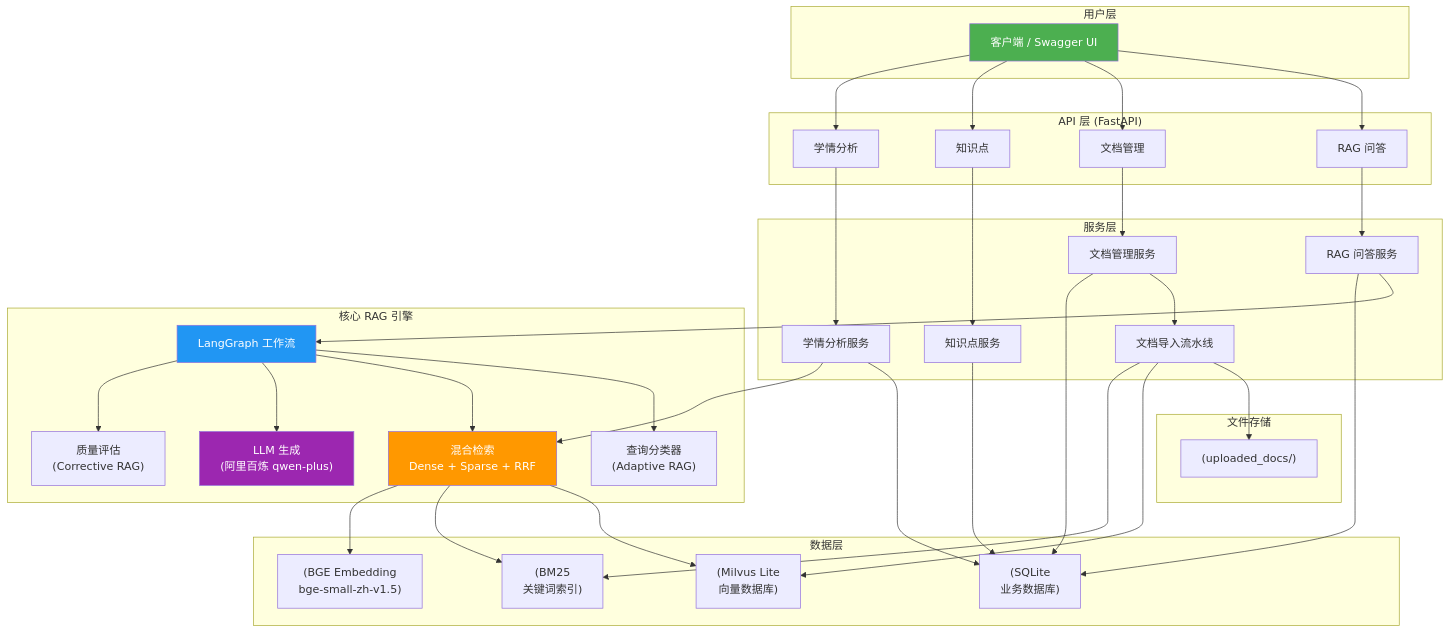
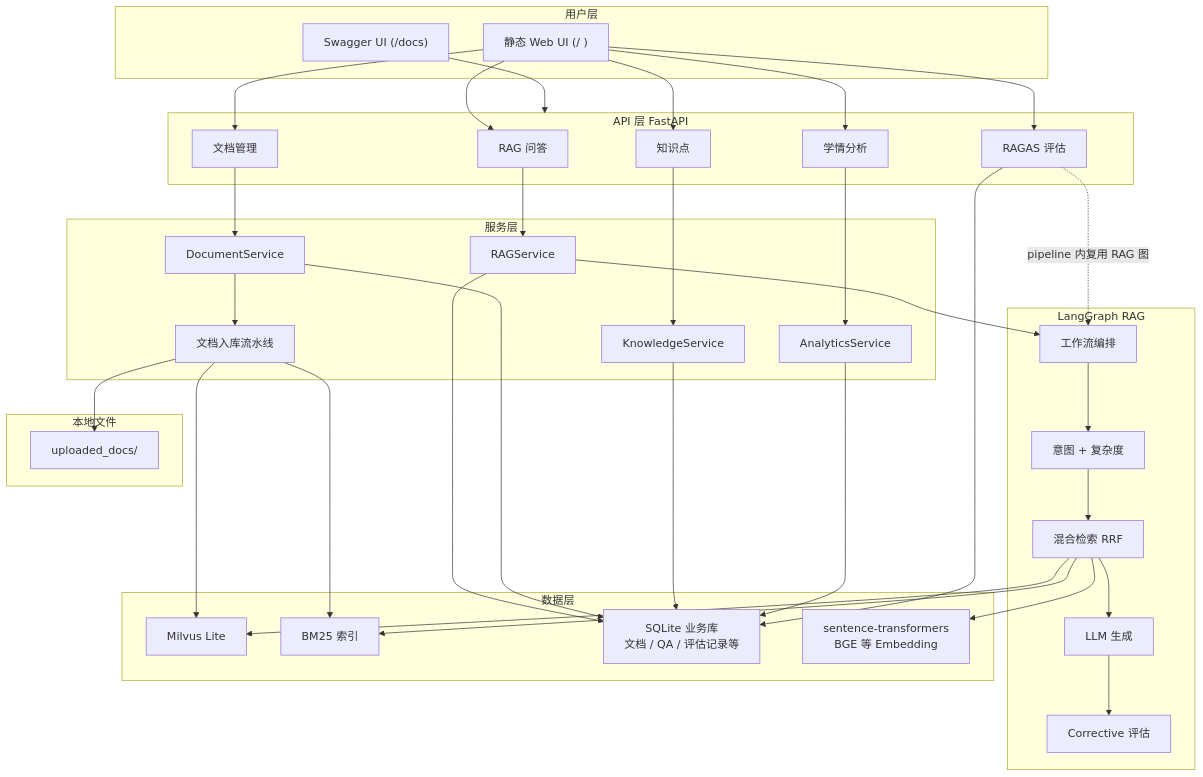
Before and after one commit to EasyRoc/edu-rag: the diagram in README.md, drawn with Mermaid. The commit also changed other lines of this file, not shown here.

````diff
--- a/README.md
+++ b/README.md
@@ -40,77 +43,72 @@
 ```mermaid
 graph TB
     subgraph UI["用户层"]
-        Client["客户端 / Swagger UI"]
+        Web["静态 Web UI (/ )"]
+        Swagger["Swagger UI (/docs)"]
     end
 
-    subgraph API["API 层 (FastAPI)"]
+    subgraph API["API 层 FastAPI"]
         RAG_API["RAG 问答"]
         DOC_API["文档管理"]
         KNOW_API["知识点"]
         ANALYTICS_API["学情分析"]
+        EVAL_API["RAGAS 评估"]
     end
 
     subgraph SVC["服务层"]
-        RAG_SVC["RAG 问答服务"]
-        DOC_SVC["文档管理服务"]
-        KNOW_SVC["知识点服务"]
-        ANALYTICS_SVC["学情分析服务"]
-        INGEST["文档导入流水线"]
+        RAG_SVC["RAGService"]
+        DOC_SVC["DocumentService"]
+        KNOW_SVC["KnowledgeService"]
+        ANALYTICS_SVC["AnalyticsService"]
+        INGEST["文档入库流水线"]
     end
 
-    subgraph ENGINE["核心 RAG 引擎"]
-        LANGGRAPH["LangGraph 工作流"]
-        ADAPTIVE["查询分类器<br/>(Adaptive RAG)"]
-        HYBRID["混合检索<br/>Dense + Sparse + RRF"]
-        LLM["LLM 生成<br/>(阿里百炼 qwen-plus)"]
-        CORRECTIVE["质量评估<br/>(Corrective RAG)"]
+    subgraph ENGINE["LangGraph RAG"]
+        LANGGRAPH["工作流编排"]
+        INTENT["意图 + 复杂度"]
+        HYBRID["混合检索 RRF"]
+        LLM_GEN["LLM 生成"]
+        CORR["Corrective 评估"]
     end
 
     subgraph DATA["数据层"]
-        MILVUS["(Milvus Lite<br/>向量数据库)"]
-        BM25["(BM25<br/>关键词索引)"]
-        SQLITE["(SQLite<br/>业务数据库)"]
-        EMBED["(BGE Embedding<br/>bge-small-zh-v1.5)"]
+        MILVUS["Milvus Lite"]
+        BM25["BM25 索引"]
+        SQLITE["SQLite 业务库<br/>文档 / QA / 评估记录等"]
+        EMBED["sentence-transformers<br/>BGE 等 Embedding"]
     end
 
-    subgraph STORAGE["文件存储"]
-        FILES["(uploaded_docs/)"]
+    subgraph FILES["本地文件"]
+        UP["uploaded_docs/"]
     end
 
-    Client --> RAG_API
-    Client --> DOC_API
-    Client --> KNOW_API
-    Client --> ANALYTICS_API
+    Web --> RAG_API
+    Web --> DOC_API
+    Web --> ANALYTICS_API
+    Web --> KNOW_API
+    Web --> EVAL_API
+    Swagger --> API
 
     RAG_API --> RAG_SVC
     DOC_API --> DOC_SVC
     KNOW_API --> KNOW_SVC
     ANALYTICS_API --> ANALYTICS_SVC
 
     RAG_SVC --> LANGGRAPH
     DOC_SVC --> INGEST
-
-    LANGGRAPH --> ADAPTIVE
-    LANGGRAPH --> HYBRID
-    LANGGRAPH --> LLM
-    LANGGRAPH --> CORRECTIVE
-
+    LANGGRAPH --> INTENT --> HYBRID --> LLM_GEN --> CORR
     HYBRID --> MILVUS
     HYBRID --> BM25
     HYBRID --> EMBED
-    INGEST --> FILES
+    INGEST --> UP
     INGEST --> MILVUS
     INGEST --> BM25
 
     RAG_SVC --> SQLITE
     DOC_SVC --> SQLITE
     KNOW_SVC --> SQLITE
     ANALYTICS_SVC --> SQLITE
-    
-    ANALYTICS_SVC --> HYBRID
+    EVAL_API --> SQLITE
 
-    style Client fill:#4CAF50,color:#fff
-    style LANGGRAPH fill:#2196F3,color:#fff
-    style HYBRID fill:#FF9800,color:#fff
-    style LLM fill:#9C27B0,color:#fff
+    EVAL_API -.->|pipeline 内复用 RAG 图| LANGGRAPH
 ```
````
